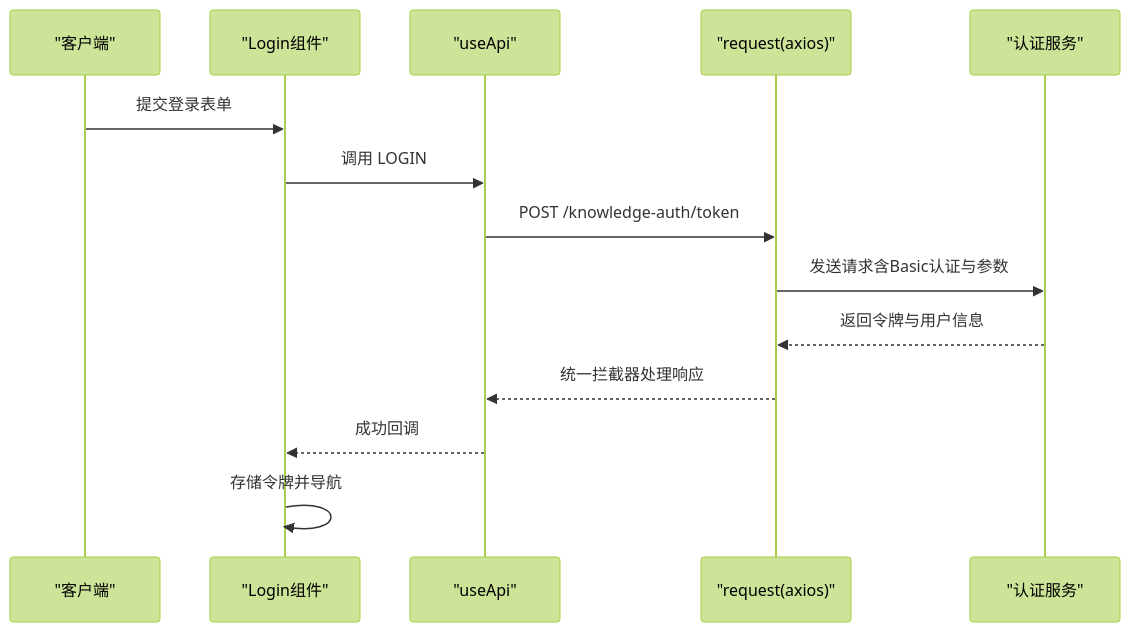
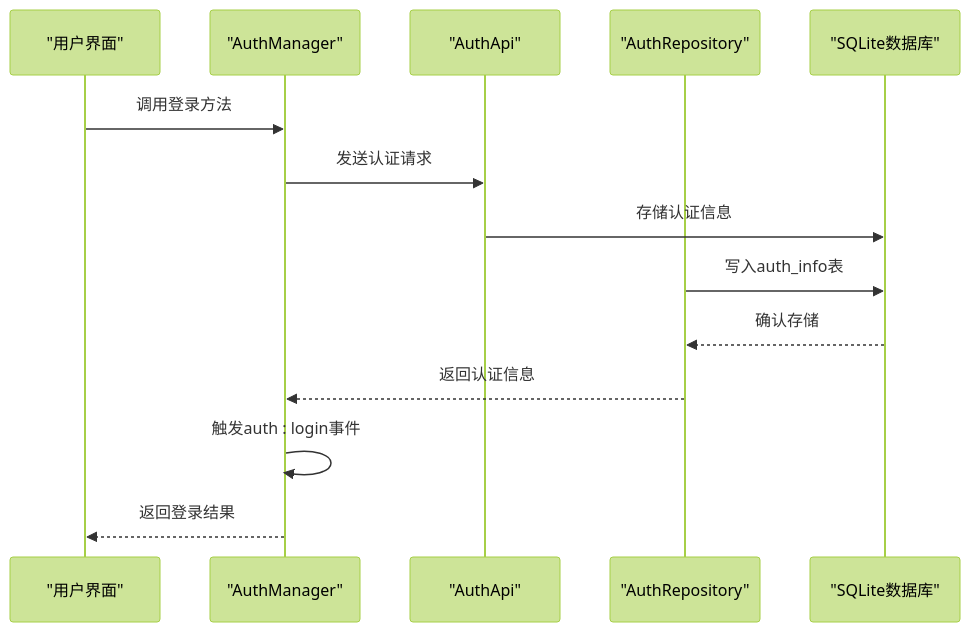
Before and after one commit to LRF0422/Kotion: the second of 4 diagrams in .qoder/repowiki/zh/content/API参考/认证API.md, drawn with Mermaid (forest theme). The commit also changed other lines of this file and 75 other files, not shown here.

````diff
--- a/.qoder/repowiki/zh/content/API参考/认证API.md
+++ b/.qoder/repowiki/zh/content/API参考/认证API.md
@@ -174,16 +121,16 @@
 ```mermaid
 sequenceDiagram
-participant C as "客户端"
-participant L as "Login组件"
-participant A as "useApi"
-participant X as "request(axios)"
-participant T as "认证服务"
-C->>L : 提交登录表单
-L->>A : 调用 LOGIN
-A->>X : POST /knowledge-auth/token
-X->>T : 发送请求含Basic认证与参数
-T-->>X : 返回令牌与用户信息
-X-->>A : 统一拦截器处理响应
-A-->>L : 成功回调
-L->>L : 存储令牌并导航
+participant U as "用户界面"
+participant AM as "AuthManager"
+participant AA as "AuthApi"
+participant AR as "AuthRepository"
+participant DB as "SQLite数据库"
+U->>AM : 调用登录方法
+AM->>AA : 发送认证请求
+AA->>DB : 存储认证信息
+AR->>DB : 写入auth_info表
+DB-->>AR : 确认存储
+AR-->>AM : 返回认证信息
+AM->>AM : 触发auth : login事件
+AM-->>U : 返回登录结果
 ```
````
